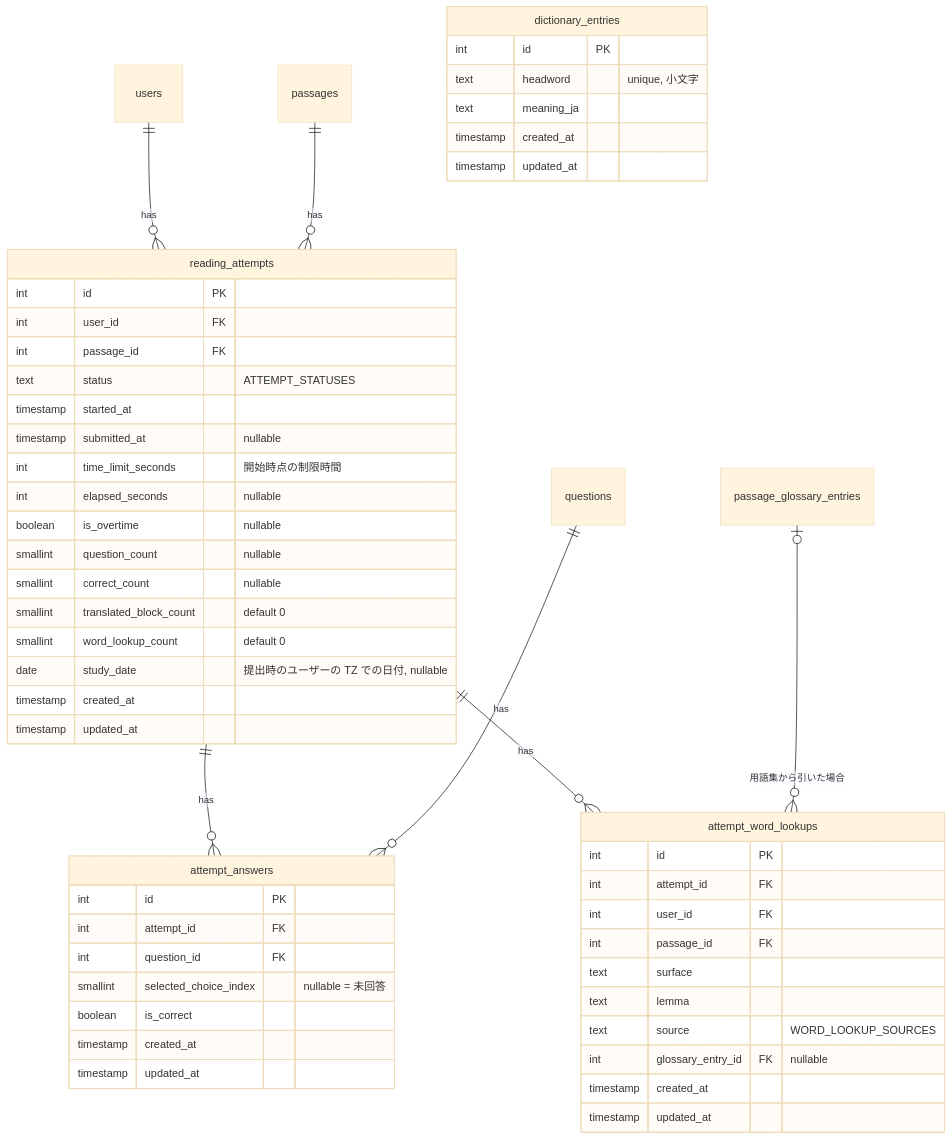
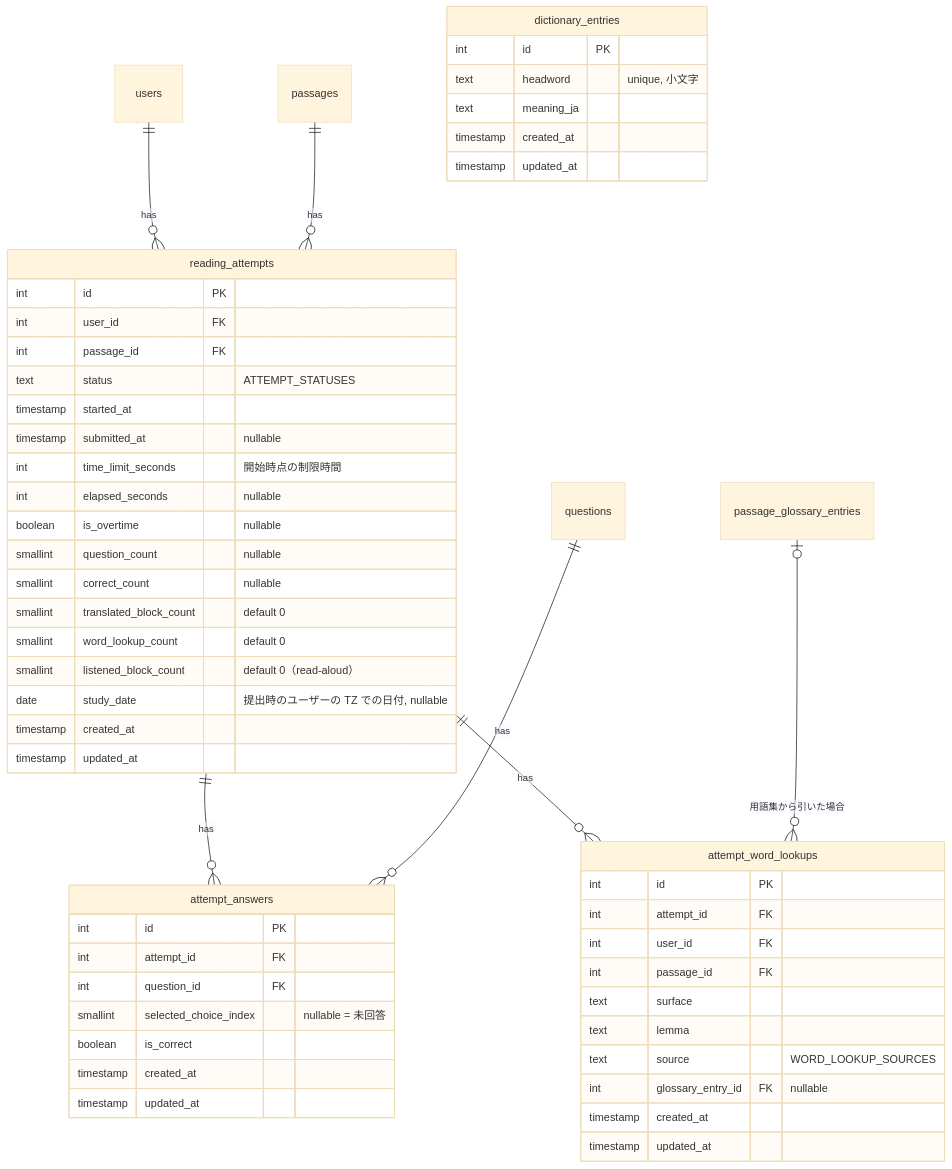
The second of 3 diagrams in docs/spec/reading-practice/README.md (kentakki416/tech-english), drawn with Mermaid (base theme) before and after one commit. The commit also changed other lines of this file and 7 other files, not shown here.

Commit message:
docs(read-aloud): 読み上げ機能の設計を MVP に追加

````diff
--- a/docs/spec/reading-practice/README.md
+++ b/docs/spec/reading-practice/README.md
@@ -756,55 +761,56 @@
 ```mermaid
 erDiagram
     users ||--o{ reading_attempts : has
     passages ||--o{ reading_attempts : has
     reading_attempts ||--o{ attempt_answers : has
     questions ||--o{ attempt_answers : has
     reading_attempts ||--o{ attempt_word_lookups : has
     passage_glossary_entries |o--o{ attempt_word_lookups : "用語集から引いた場合"
     reading_attempts {
         int id PK
         int user_id FK
         int passage_id FK
         text status "ATTEMPT_STATUSES"
         timestamp started_at
         timestamp submitted_at "nullable"
         int time_limit_seconds "開始時点の制限時間"
         int elapsed_seconds "nullable"
         boolean is_overtime "nullable"
         smallint question_count "nullable"
         smallint correct_count "nullable"
         smallint translated_block_count "default 0"
         smallint word_lookup_count "default 0"
+        smallint listened_block_count "default 0（read-aloud）"
         date study_date "提出時のユーザーの TZ での日付, nullable"
         timestamp created_at
         timestamp updated_at
     }
     attempt_answers {
         int id PK
         int attempt_id FK
         int question_id FK
         smallint selected_choice_index "nullable = 未回答"
         boolean is_correct
         timestamp created_at
         timestamp updated_at
     }
     attempt_word_lookups {
         int id PK
         int attempt_id FK
         int user_id FK
         int passage_id FK
         text surface
         text lemma
         text source "WORD_LOOKUP_SOURCES"
         int glossary_entry_id FK "nullable"
         timestamp created_at
         timestamp updated_at
     }
     dictionary_entries {
         int id PK
         text headword "unique, 小文字"
         text meaning_ja
         timestamp created_at
         timestamp updated_at
     }
 ```
````
